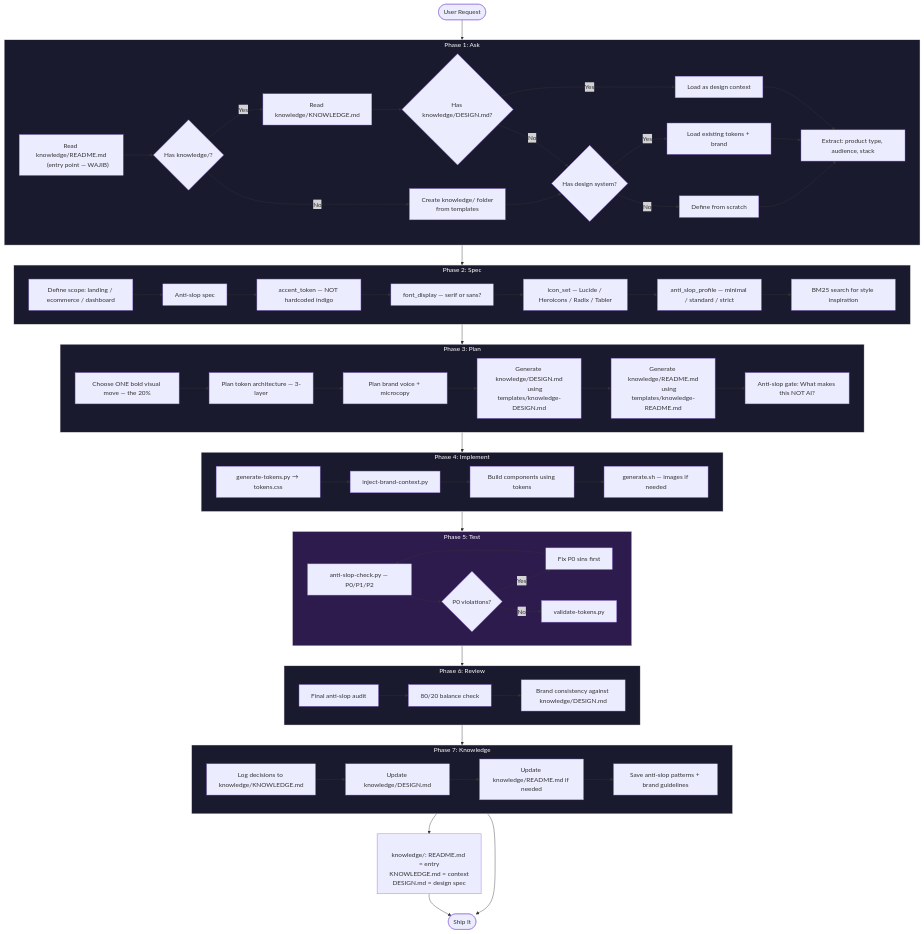
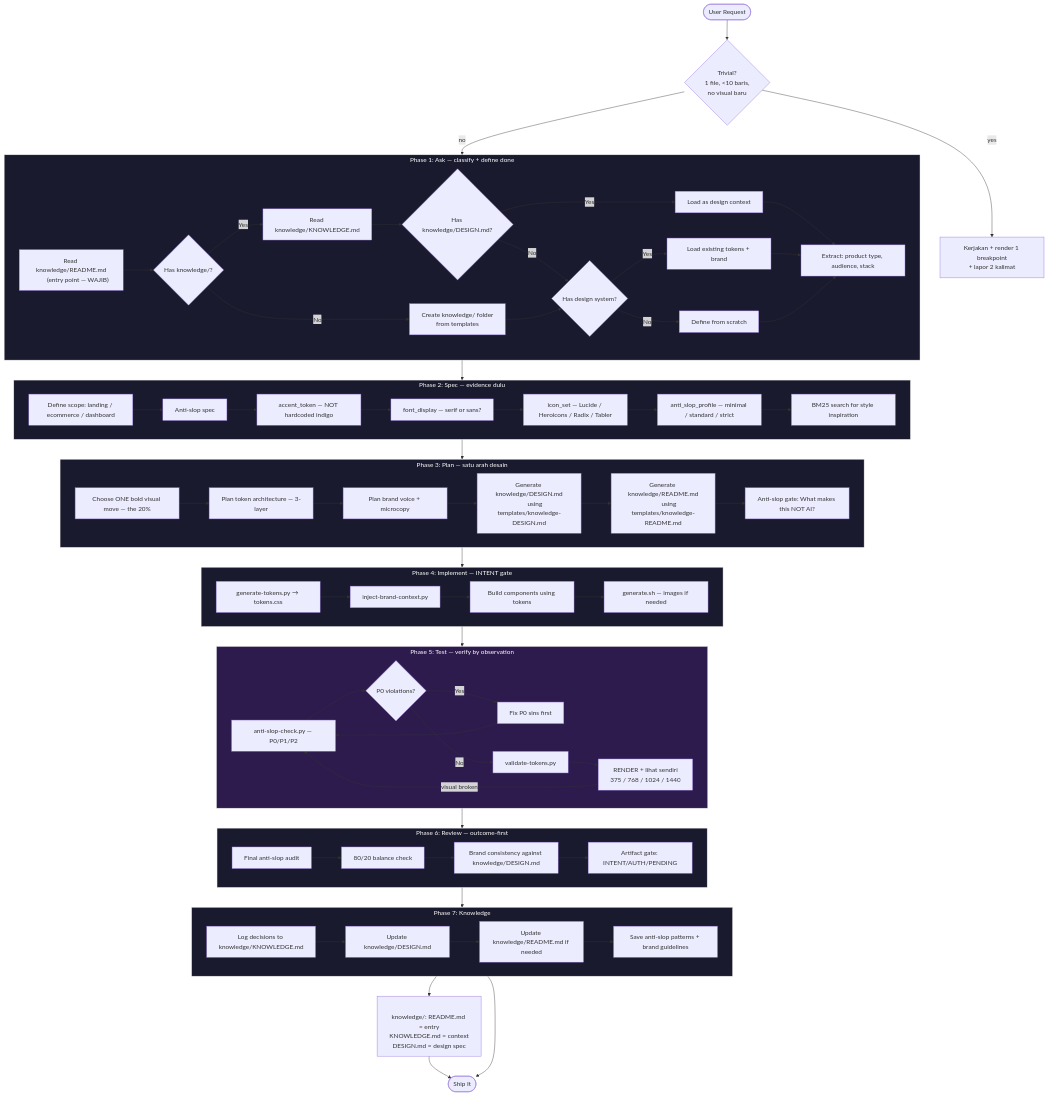
Before and after one commit to ardith666/uiux-methodology: the first of 3 diagrams in README.md, drawn with Mermaid. The commit also changed other lines of this file and 1 other file, not shown here.

````diff
--- a/README.md
+++ b/README.md
@@ -171,8 +199,10 @@
 ```mermaid
 flowchart TD
-    START([User Request]) --> ASK
+    START([User Request]) --> TRIV{Trivial?<br/>1 file, <10 baris,<br/>no visual baru}
+    TRIV -->|yes| DOIT["Kerjakan + render 1 breakpoint<br/>+ lapor 2 kalimat"]
+    TRIV -->|no| ASK
 
-    subgraph ASK["Phase 1: Ask"]
+    subgraph ASK["Phase 1: Ask — classify + define done"]
         README["Read knowledge/README.md
         (entry point — WAJIB)"] --> BD{Has knowledge/?}
         BD -->|Yes| CKNOW[Read knowledge/KNOWLEDGE.md]
@@ -191,7 +221,7 @@
 
     ASK --> SPEC
 
-    subgraph SPEC["Phase 2: Spec"]
+    subgraph SPEC["Phase 2: Spec — evidence dulu"]
         S1[Define scope: landing / ecommerce / dashboard] --> S2[Anti-slop spec]
         S2 --> S3[accent_token — NOT hardcoded indigo]
         S3 --> S4[font_display — serif or sans?]
@@ -202,7 +232,7 @@
 
     SPEC --> PLAN
 
-    subgraph PLAN["Phase 3: Plan"]
+    subgraph PLAN["Phase 3: Plan — satu arah desain"]
         P1[Choose ONE bold visual move — the 20%] --> P2[Plan token architecture — 3-layer]
         P2 --> P3[Plan brand voice + microcopy]
         P3 --> P4[Generate knowledge/DESIGN.md
@@ -214,7 +244,7 @@
 
     PLAN --> IMPL
 
-    subgraph IMPL["Phase 4: Implement"]
+    subgraph IMPL["Phase 4: Implement — INTENT gate"]
         I1[generate-tokens.py → tokens.css] --> I2[inject-brand-context.py]
         I2 --> I3[Build components using tokens]
         I3 --> I4[generate.sh — images if needed]
@@ -222,18 +252,21 @@
 
     IMPL --> TEST
 
-    subgraph TEST["Phase 5: Test"]
+    subgraph TEST["Phase 5: Test — verify by observation"]
         T1[anti-slop-check.py — P0/P1/P2] --> T2{P0 violations?}
         T2 -->|Yes| T3[Fix P0 sins first]
         T3 --> T1
         T2 -->|No| T4[validate-tokens.py]
+        T4 --> T5["RENDER + lihat sendiri<br/>375 / 768 / 1024 / 1440"]
+        T5 -->|visual broken| T1
     end
 
     TEST --> REVIEW
 
-    subgraph REVIEW["Phase 6: Review"]
+    subgraph REVIEW["Phase 6: Review — outcome-first"]
         R1[Final anti-slop audit] --> R2[80/20 balance check]
         R2 --> R3[Brand consistency against knowledge/DESIGN.md]
+        R3 --> R4[Artifact gate: INTENT/AUTH/PENDING]
     end
 
     REVIEW --> KNOW
````
